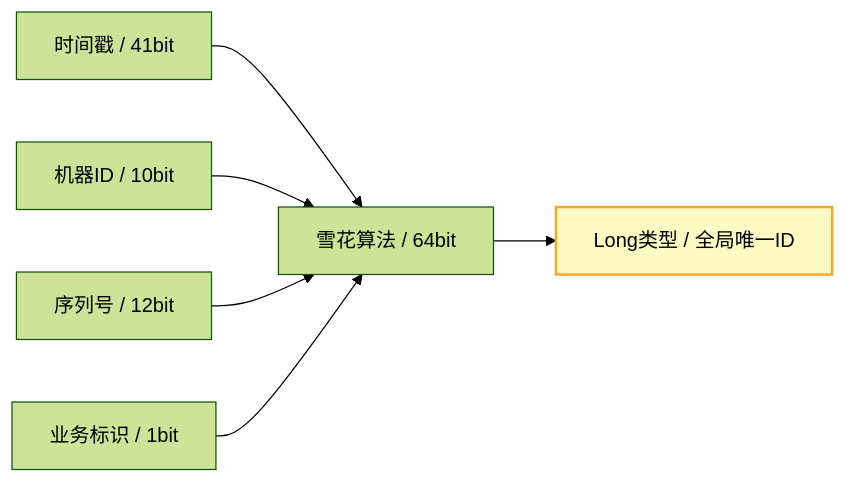
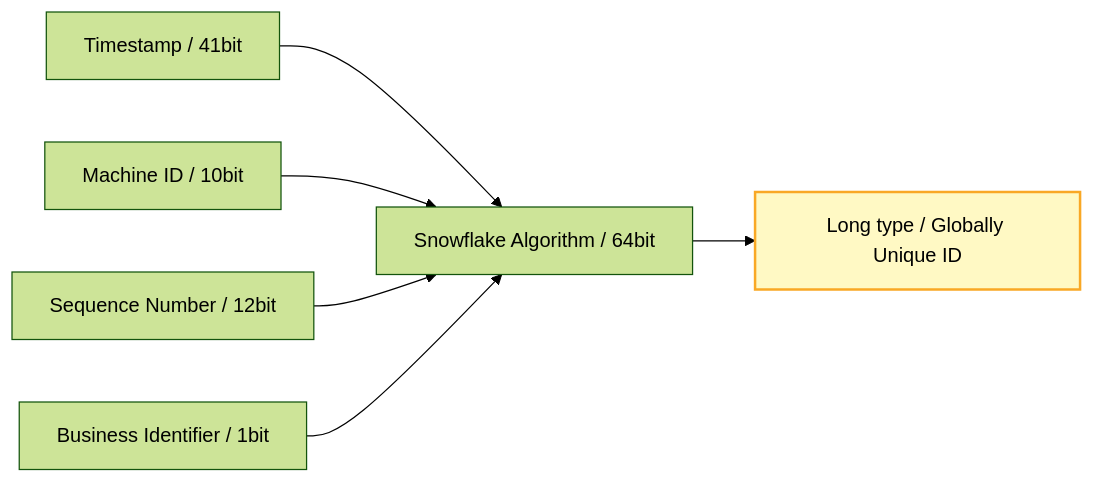
One commit to Kirky-X/cangjie changed diagram 13 of 15 in templates/产品/技术层/【模板】架构设计文档.md. Above: the diagram before and after it, drawn with Mermaid (forest theme). The commit also changed other lines of this file and 60 other files, not shown here.

````diff
--- a/templates/产品/技术层/【模板】架构设计文档.md
+++ b/templates/产品/技术层/【模板】架构设计文档.md
@@ -618,10 +618,10 @@
 ```mermaid
 flowchart LR
-    A[时间戳 / 41bit] --> E[雪花算法 / 64bit]
-    B[机器ID / 10bit] --> E
-    C[序列号 / 12bit] --> E
-    D[业务标识 / 1bit] --> E
-    E --> F[Long类型 / 全局唯一ID]
+    A[Timestamp / 41bit] --> E[Snowflake Algorithm / 64bit]
+    B[Machine ID / 10bit] --> E
+    C[Sequence Number / 12bit] --> E
+    D[Business Identifier / 1bit] --> E
+    E --> F[Long type / Globally Unique ID]
 
     style F fill:#fff9c4,stroke:#f9a825,stroke-width:2px
 ```
````
